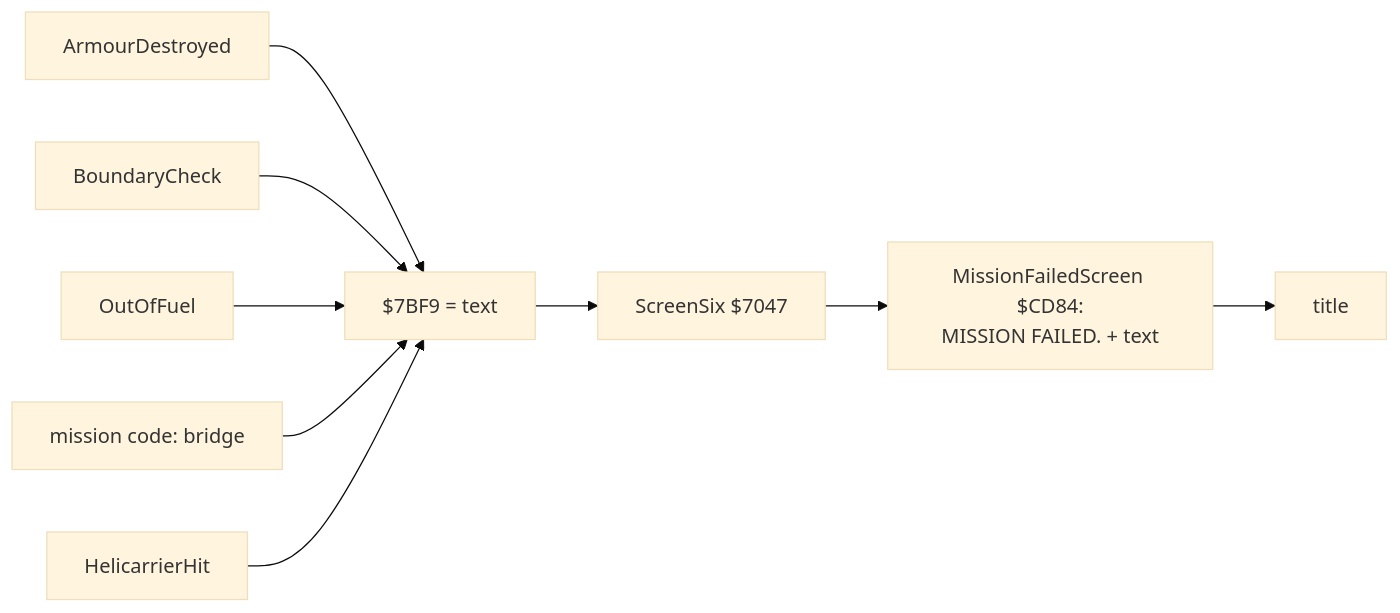
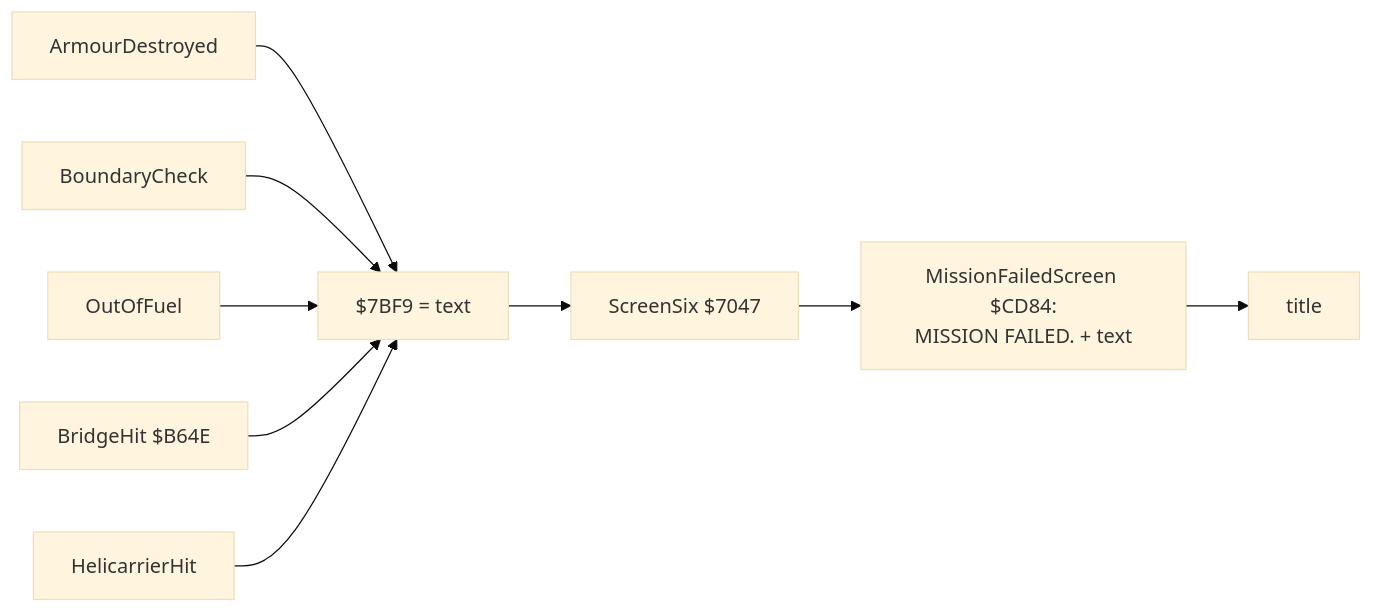
Diagram 16 of 19 in games/battle-command/docs/10-gameplay-logic.md (alfishe/unrealng-reverse-cases), drawn with Mermaid (base theme) before and after one commit. The commit also changed other lines of this file and 75 other files, not shown here.

````diff
--- a/games/battle-command/docs/10-gameplay-logic.md
+++ b/games/battle-command/docs/10-gameplay-logic.md
@@ -795,11 +1703,11 @@
 ```mermaid
 flowchart LR
   A["ArmourDestroyed"] --> R["$7BF9 = text"]
   B["BoundaryCheck"] --> R
   F["OutOfFuel"] --> R
-  M["mission code: bridge"] --> R
+  M["BridgeHit $B64E"] --> R
   H["HelicarrierHit"] --> R
   R --> S["ScreenSix $7047"]
   S --> X["MissionFailedScreen $CD84:<br/>MISSION FAILED. + text"]
   X --> T["title"]
 ```
````
